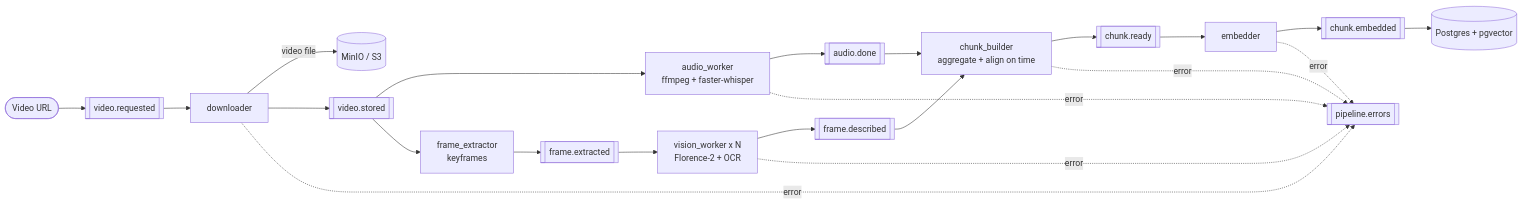
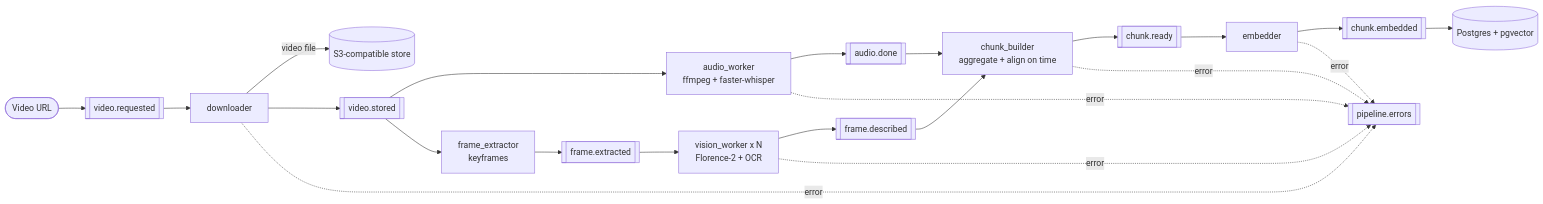
Before and after one commit to Damien4822/DEProj_Video_Analytics_Platform: the second of 4 diagrams in README.md, drawn with Mermaid. The commit also changed other lines of this file and 5 other files, not shown here.

````diff
--- a/README.md
+++ b/README.md
@@ -80,28 +80,28 @@
 ```mermaid
 flowchart LR
     U([Video URL]) --> T1[[video.requested]]
     T1 --> DL[downloader]
-    DL -->|video file| S3[(MinIO / S3)]
+    DL -->|video file| S3[(S3-compatible store)]
     DL --> T2[[video.stored]]
 
     T2 --> AW[audio_worker<br/>ffmpeg + faster-whisper]
     T2 --> FE[frame_extractor<br/>keyframes]
 
     AW --> T3[[audio.done]]
     FE --> T4[[frame.extracted]]
     T4 --> VW[vision_worker x N<br/>Florence-2 + OCR]
     VW --> T5[[frame.described]]
 
     T3 --> CB[chunk_builder<br/>aggregate + align on time]
     T5 --> CB
     CB --> T6[[chunk.ready]]
     T6 --> EM[embedder]
     EM --> T7[[chunk.embedded]]
     T7 --> PG[(Postgres + pgvector)]
 
     DL -.error.-> ERR[[pipeline.errors]]
     AW -.error.-> ERR
     VW -.error.-> ERR
     CB -.error.-> ERR
     EM -.error.-> ERR
 ```
````
